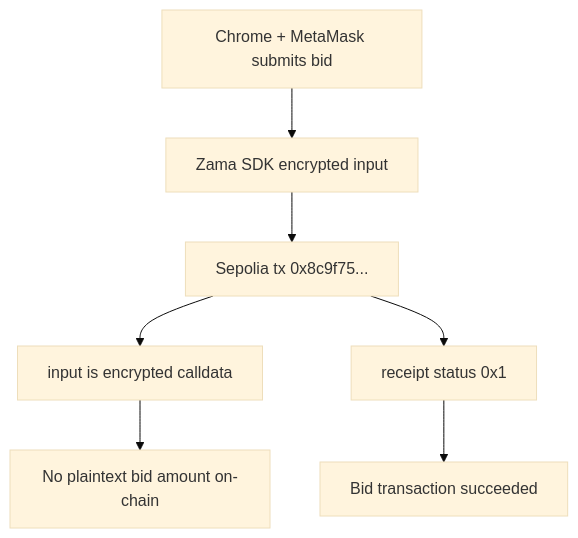
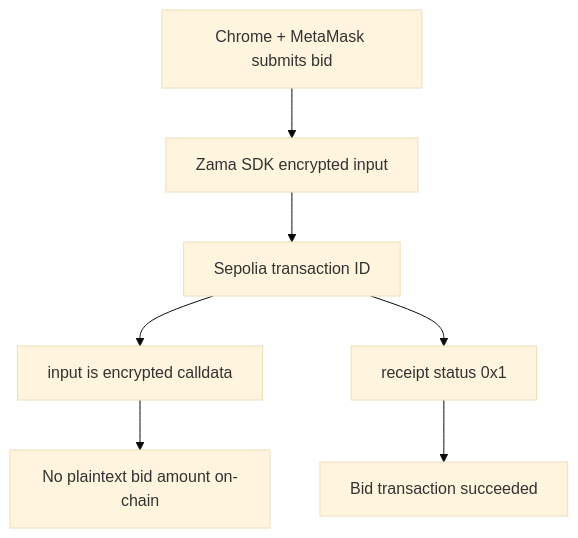
One commit to daxiguaguagua-hash/SilentBid changed the diagram in SUBMISSION.md. Above: the diagram before and after it, drawn with Mermaid (base theme). The commit also changed other lines of this file and 4 other files, not shown here.

````diff
--- a/SUBMISSION.md
+++ b/SUBMISSION.md
@@ -34,9 +32,9 @@
 ```mermaid
 flowchart TD
   A["Chrome + MetaMask submits bid"] --> B["Zama SDK encrypted input"]
-  B --> C["Sepolia tx 0x8c9f75..."]
+  B --> C["Sepolia transaction ID"]
   C --> D["input is encrypted calldata"]
   D --> E["No plaintext bid amount on-chain"]
   C --> F["receipt status 0x1"]
   F --> G["Bid transaction succeeded"]
 ```
````
